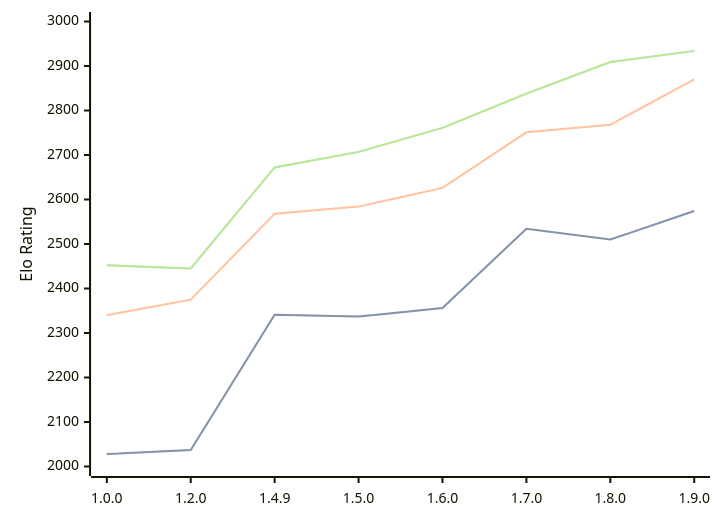
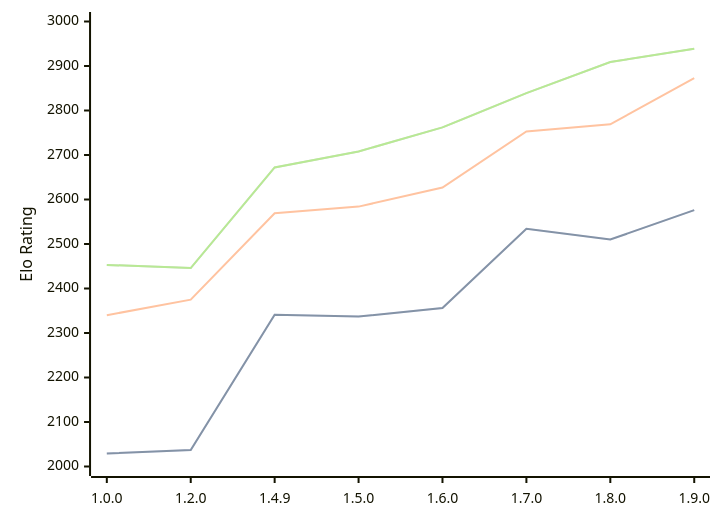
Before and after one commit to computer-chess-index/cci: the diagram in engines/Basilisk.md, drawn with Mermaid. The commit also changed other lines of this file, not shown here.

Commit message:
Update CCI Ratings (ELO VLTC) - 2026-07-24

````diff
--- a/engines/Basilisk.md
+++ b/engines/Basilisk.md
@@ -52,11 +52,11 @@
 ```mermaid
 %%{init: {"theme":"base","themeVariables":{"seriesColors:['#a3a3a3','#222221','#faa371']}}}%%
 xychart-beta
   x-axis ["1.0.0", "1.2.0", "1.4.9", "1.5.0", "1.6.0", "1.7.0", "1.8.0", "1.9.0"]
   y-axis "Elo Rating" 2000 --> 3000
-  line "STC (8.0+0.08s)" [2028, 2037, 2341, 2337, 2356, 2534, 2510, 2574]
-  line "STC (8.0+0.08s)" [2028, 2037, 2341, 2337, 2356, 2534, 2510, 2574]
-  line "LTC (60.0+0.60s)" [2340, 2375, 2568, 2584, 2626, 2751, 2768, 2870]
-  line "VLTC (2m24s+1.12s)" [2452, 2445, 2672, 2707, 2761, 2838, 2909, 2934]
-  line "VLTC (2m24s+1.12s)" [2452, 2445, 2672, 2707, 2761, 2838, 2909, 2934]
+  line "STC (8.0+0.08s)" [2029, 2037, 2341, 2337, 2356, 2534, 2510, 2576]
+  line "STC (8.0+0.08s)" [2029, 2037, 2341, 2337, 2356, 2534, 2510, 2576]
+  line "LTC (60.0+0.60s)" [2340, 2375, 2569, 2584, 2627, 2753, 2769, 2873]
+  line "VLTC (2m24s+1.12s)" [2453, 2446, 2672, 2708, 2762, 2839, 2909, 2939]
+  line "VLTC (2m24s+1.12s)" [2453, 2446, 2672, 2708, 2762, 2839, 2909, 2939]
 ```
````
